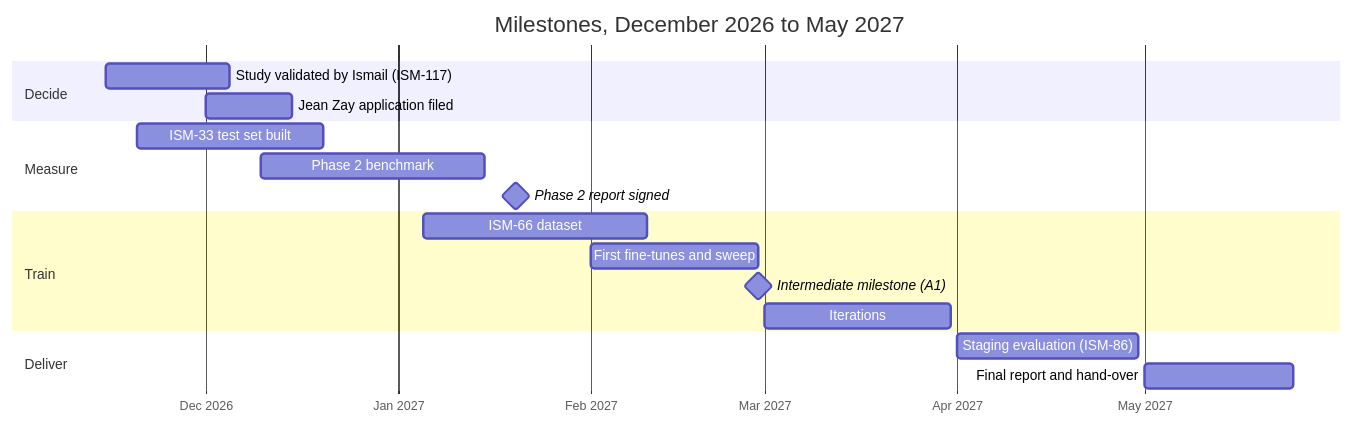
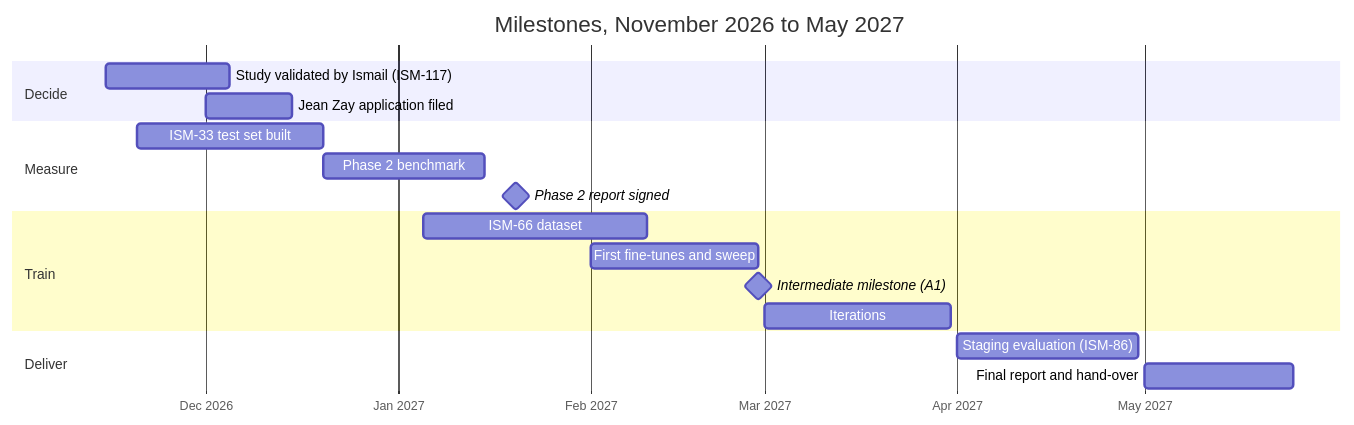
Before and after one commit to IsmailMifdal/IADAF-YDAYS: the second of 2 diagrams in docs/architecture/specs/ai-training-plan.md, drawn with Mermaid. The commit also changed other lines of this file and 1 other file, not shown here.

````diff
--- a/docs/architecture/specs/ai-training-plan.md
+++ b/docs/architecture/specs/ai-training-plan.md
@@ -91,21 +93,21 @@
 ```mermaid
 gantt
-    title Milestones, December 2026 to May 2027
+    title Milestones, November 2026 to May 2027
     dateFormat YYYY-MM-DD
     axisFormat %b %Y
     section Decide
     Study validated by Ismail (ISM-117)        :m1, 2026-11-15, 2026-12-05
     Jean Zay application filed                 :m2, 2026-12-01, 2026-12-15
     section Measure
     ISM-33 test set built                      :t1, 2026-11-20, 2026-12-20
-    Phase 2 benchmark                          :t2, 2026-12-10, 2027-01-15
+    Phase 2 benchmark                          :t2, after t1, 2027-01-15
     Phase 2 report signed                      :milestone, t3, 2027-01-20, 0d
     section Train
     ISM-66 dataset                             :d1, 2027-01-05, 2027-02-10
     First fine-tunes and sweep                 :f1, 2027-02-01, 2027-02-28
     Intermediate milestone (A1)                :milestone, f2, 2027-02-28, 0d
     Iterations                                 :f3, 2027-03-01, 2027-03-31
     section Deliver
     Staging evaluation (ISM-86)                :s1, 2027-04-01, 2027-04-30
     Final report and hand-over                 :s2, 2027-05-01, 2027-05-25
 ```
````
